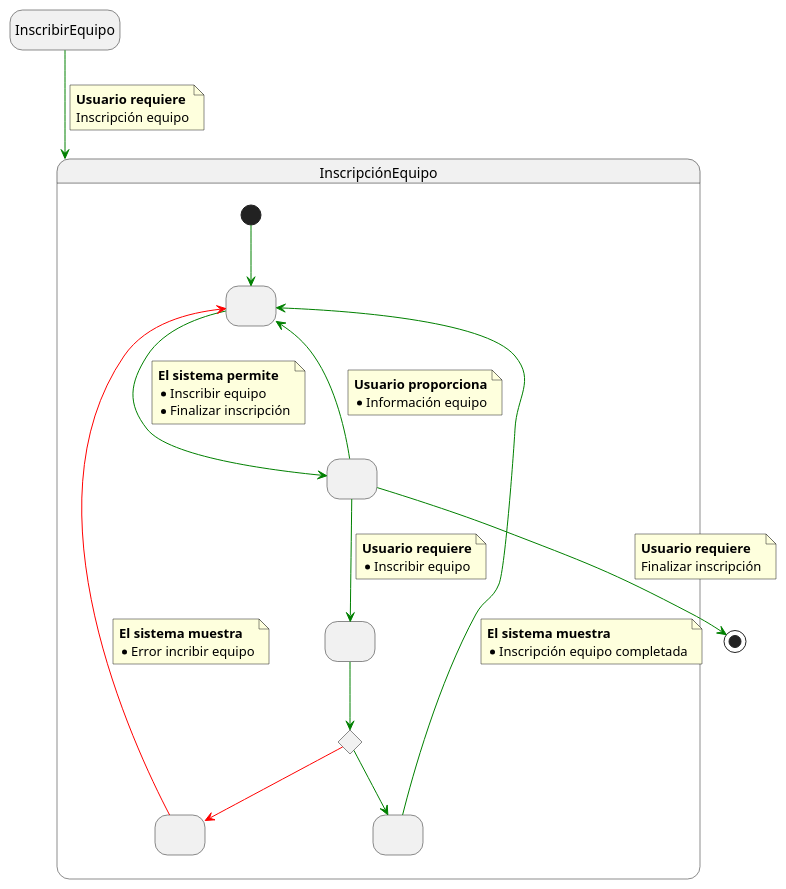
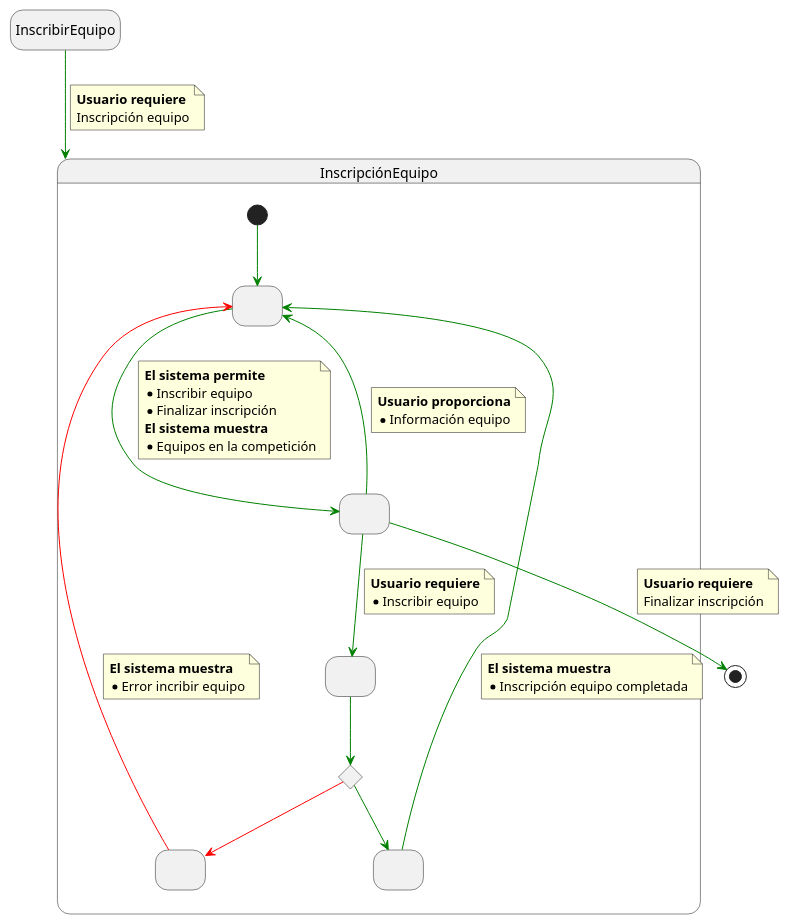
One commit to mmasias/IdSw1-22-23 changed the diagram in actividades/002-appFutbol/RuizJavier/CasosDeUsoDetallados/Códigos/InscribirEquipo.puml. Above: the diagram before and after it, drawn with PlantUML.

```diff
--- a/actividades/002-appFutbol/RuizJavier/CasosDeUsoDetallados/Códigos/InscribirEquipo.puml
+++ b/actividades/002-appFutbol/RuizJavier/CasosDeUsoDetallados/Códigos/InscribirEquipo.puml
@@ -1,79 +1,81 @@
 @startuml 
 
 hide empty description
 
 State InscribirEquipo
 
 State InscripciónEquipo{ 
 
   State state1 as " "
   State state2 as " "
   State state3 as " "
   State state4 as " "
   State state5 as " "
 
 
   state c <<choice>>
 
   [*] -[#green]-> state1
 
   state1-[#green]-> state2
 
   note on link 
     <b>El sistema permite
     * Inscribir equipo
     * Finalizar inscripción
+    <b>El sistema muestra
+    * Equipos en la competición
   end note
 
   state2 -[#green]-> state1
  
   note on link 
     <b>Usuario proporciona
     * Información equipo
   end note
 
   state2 -[#green]-> state3
   
   note on link 
     <b>Usuario requiere
     * Inscribir equipo
   end note
 
   state3 -[#green]-> c
 
   c -[#green]-> state4
 
   state4 -[#green]-> state1
   
   note on link 
     <b>El sistema muestra
     * Inscripción equipo completada
   end note
 
   c-[#red]-> state5
 
   state5 -l[#red]-> state1
 
   note on link 
     <b>El sistema muestra
     * Error incribir equipo
   end note
 
 
 } 
 
 InscribirEquipo-[#green]-> InscripciónEquipo
 
 note on link
  <b>Usuario requiere
  Inscripción equipo
 end note
 
 state2 -[#green]-> [*] 
 
 note on link
  <b>Usuario requiere
  Finalizar inscripción
 end note
 
 @enduml
```
